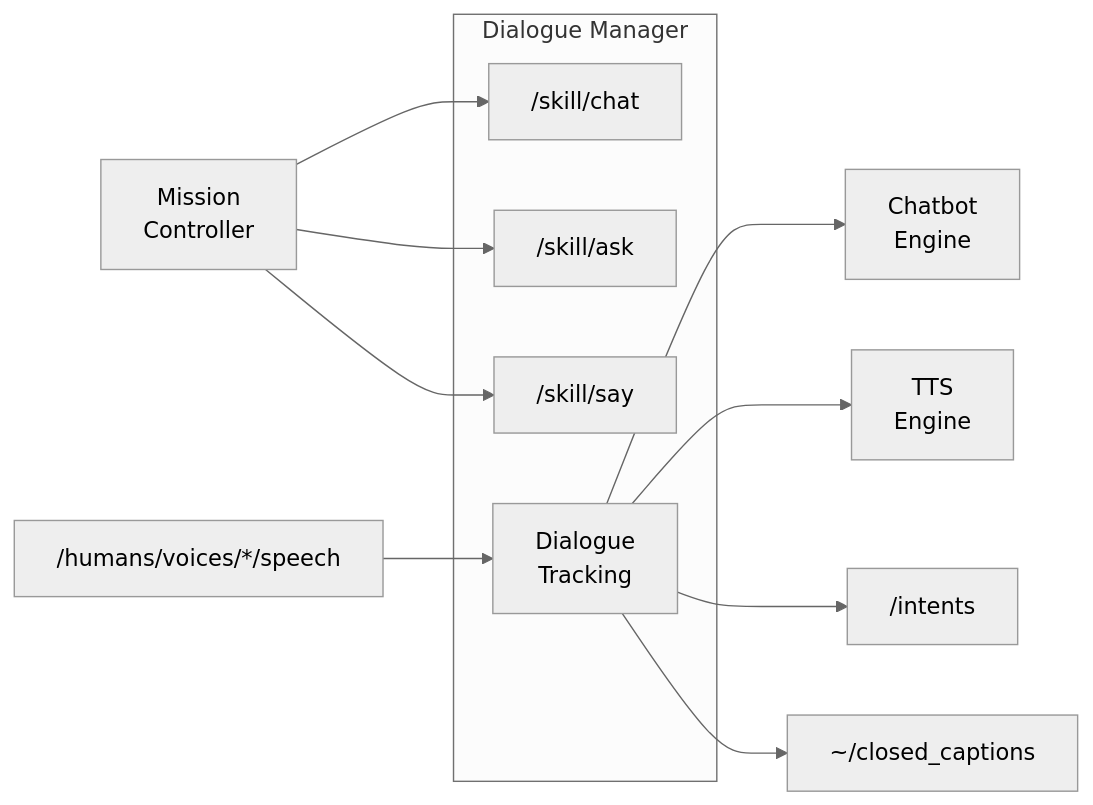
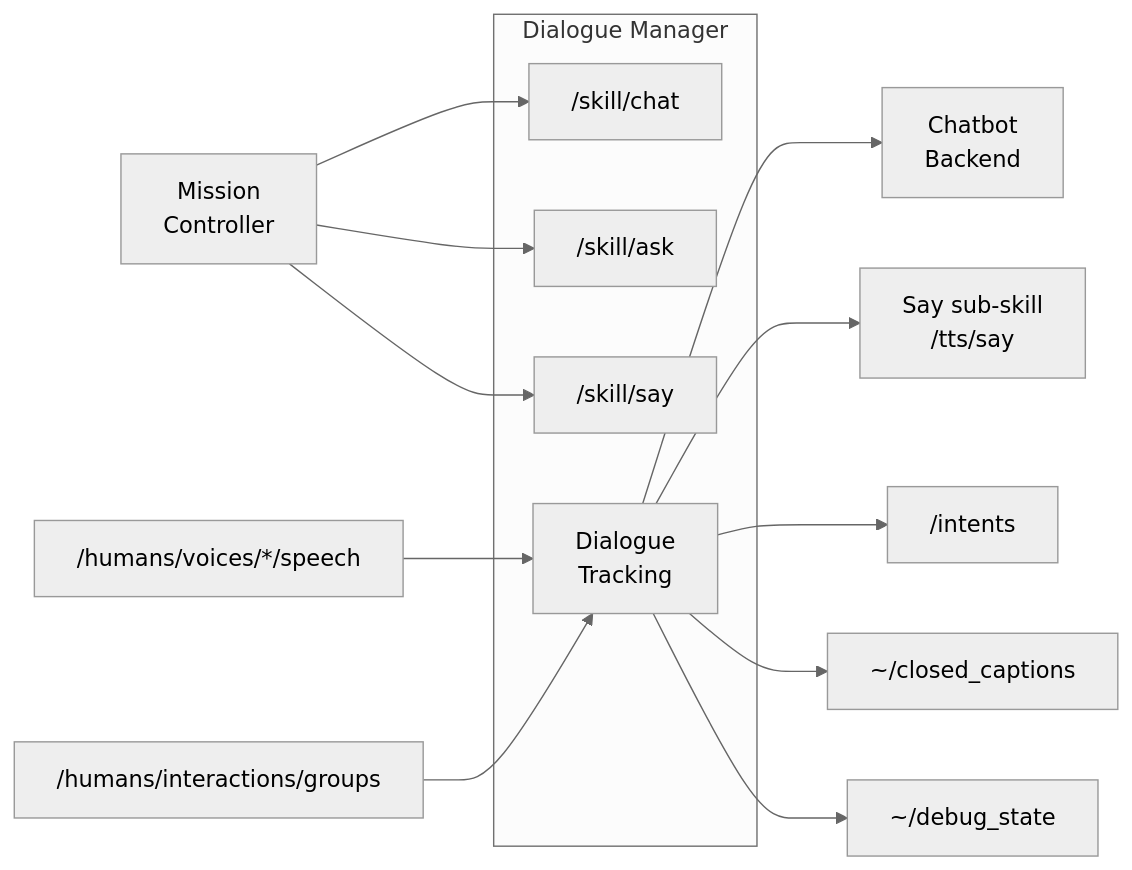
The diagram in dialogue_manager/README.md (ieverythng/dialogue_manager), drawn with Mermaid (neutral theme) before and after one commit. The commit also changed other lines of this file and 2 other files, not shown here.

First line of the commit message:
docs: rewrite DIALOGUE_FLOW + README for the current flow

````diff
--- a/dialogue_manager/README.md
+++ b/dialogue_manager/README.md
@@ -18,18 +28,20 @@
 ```mermaid
 graph LR
     subgraph "Dialogue Manager"
         CHAT["/skill/chat"]
         ASK["/skill/ask"]
         SAY["/skill/say"]
         DM["Dialogue<br/>Tracking"]
     end
-    
+
     MC["Mission<br/>Controller"] --> CHAT & ASK & SAY
-    
+
     SPEECH["/humans/voices/*/speech"] --> DM
-    
-    DM --> CB["Chatbot<br/>Engine"]
-    DM --> TTS["TTS<br/>Engine"]
+    GROUPS["/humans/interactions/groups"] --> DM
+
+    DM --> CB["Chatbot<br/>Backend"]
+    DM --> TTS["Say sub-skill<br/>/tts/say"]
     DM --> INT["/intents"]
     DM --> CC["~/closed_captions"]
+    DM --> DBG["~/debug_state"]
 ```
````
